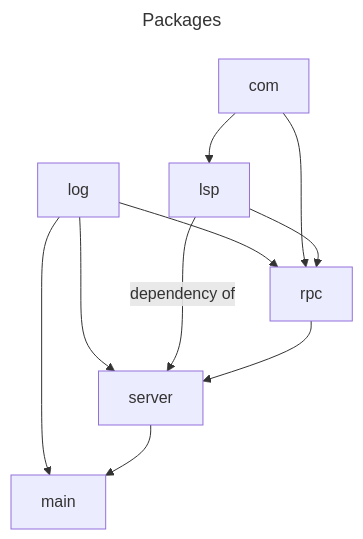
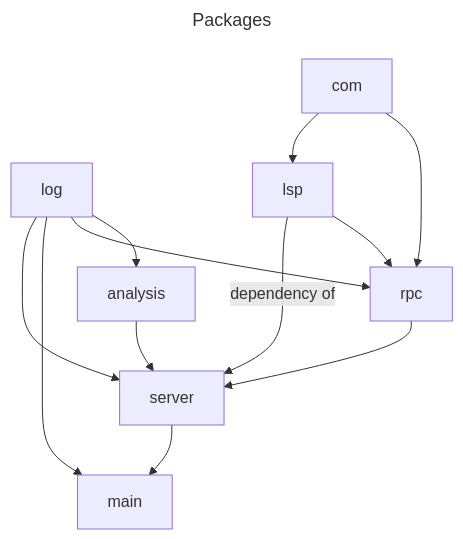
Before and after one commit to amterp/rad: the diagram in rls/PACKAGES.md, drawn with Mermaid. The commit also changed 5 other files, not shown here.

````diff
--- a/rls/PACKAGES.md
+++ b/rls/PACKAGES.md
@@ -3,28 +3,32 @@
 ```mermaid
 ---
 title: Packages
 ---
 flowchart TD
 
 com
 log
 
 lsp
 rpc
 server
 main
+analysis
 
 log-->server
 log-->main
 log-->rpc
+log-->analysis
 
 com-->lsp
 com-->rpc
 
 lsp-->|dependency of|server
 lsp-->rpc
 
 rpc-->server
 
 server-->main
+
+analysis-->server
 ``` 
````
